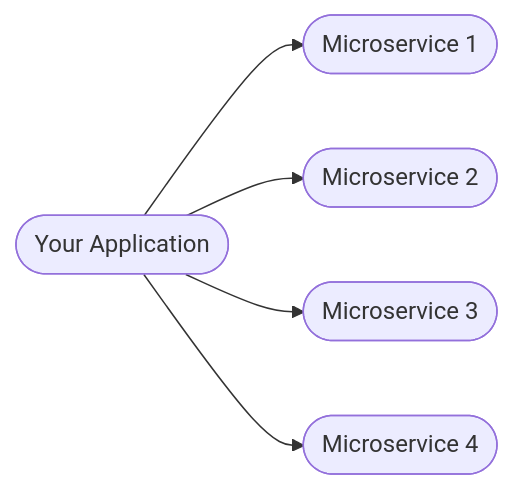
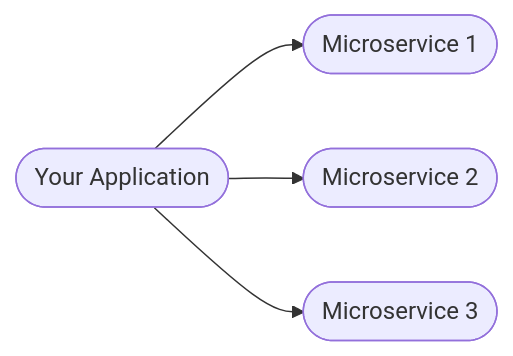
The third of 4 diagrams in docs/guide/README.md (smocker-dev/smocker), drawn with Mermaid before and after one commit. The commit also changed other lines of this file and 3 other files, not shown here.

````diff
--- a/docs/guide/README.md
+++ b/docs/guide/README.md
@@ -63,13 +63,11 @@
 ```mermaid
 graph LR
   App([Your Application])
   M1([Microservice 1])
   M2([Microservice 2])
   M3([Microservice 3])
-  M4([Microservice 4])
 
   App --> M1
   App --> M2
   App --> M3
-  App --> M4
 ```
````
